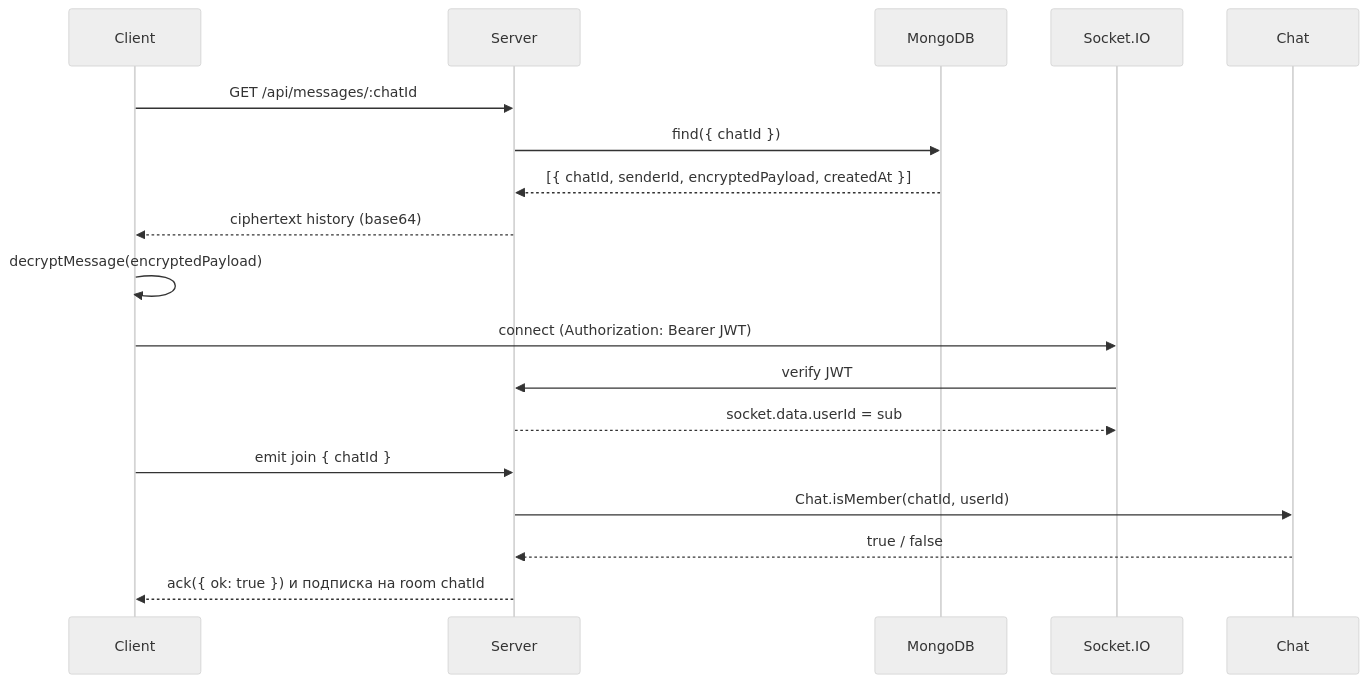
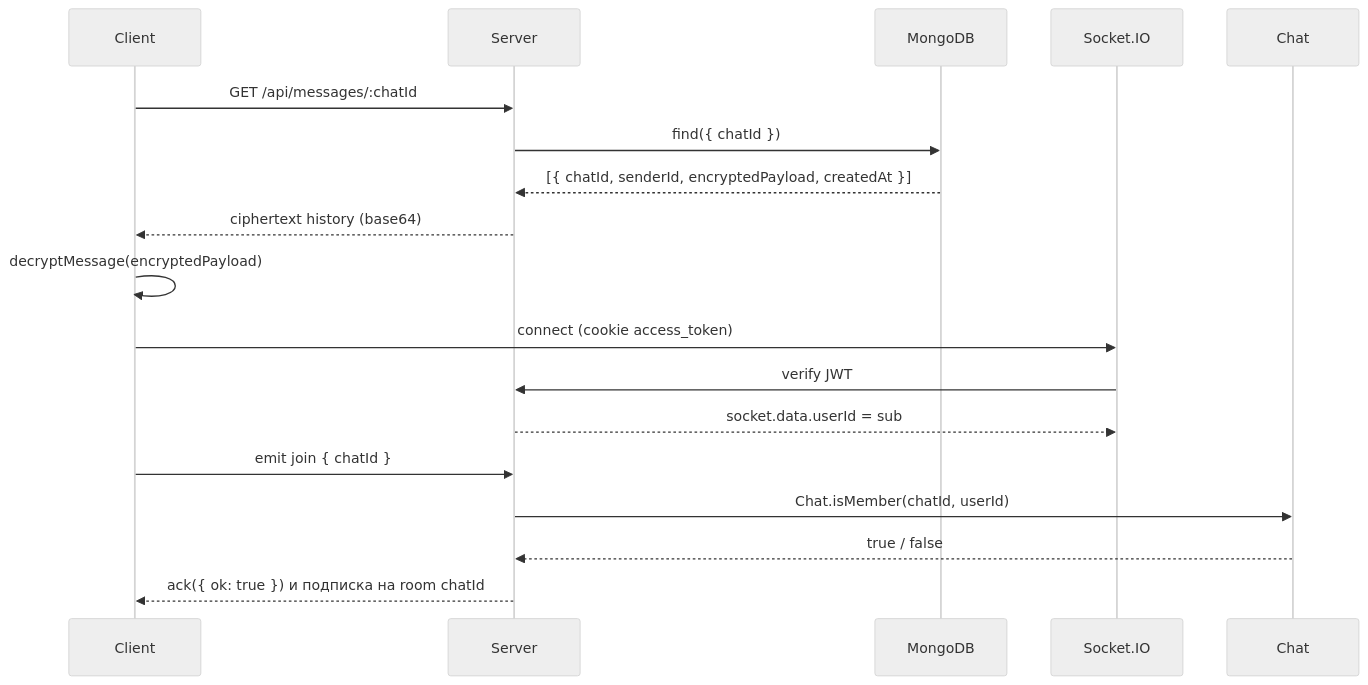
Before and after one commit to fast-hash/messenger-2: the third of 3 diagrams in docs/ARCHITECTURE.md, drawn with Mermaid (neutral theme). The commit also changed other lines of this file and 19 other files, not shown here.

````diff
--- a/docs/ARCHITECTURE.md
+++ b/docs/ARCHITECTURE.md
@@ -38,19 +38,19 @@
 ```mermaid
 sequenceDiagram
   participant U as Client
   participant S as Server
   participant DB as MongoDB
   participant IO as Socket.IO
   U->>S: GET /api/messages/:chatId
   S->>DB: find({ chatId })
   DB-->>S: [{ chatId, senderId, encryptedPayload, createdAt }]
   S-->>U: ciphertext history (base64)
   U->>U: decryptMessage(encryptedPayload)
-  U->>IO: connect (Authorization: Bearer JWT)
+  U->>IO: connect (cookie access_token)
   IO->>S: verify JWT
   S-->>IO: socket.data.userId = sub
   U->>S: emit join { chatId }
   S->>Chat: Chat.isMember(chatId, userId)
   Chat-->>S: true / false
   S-->>U: ack({ ok: true }) и подписка на room chatId
 ```
````
